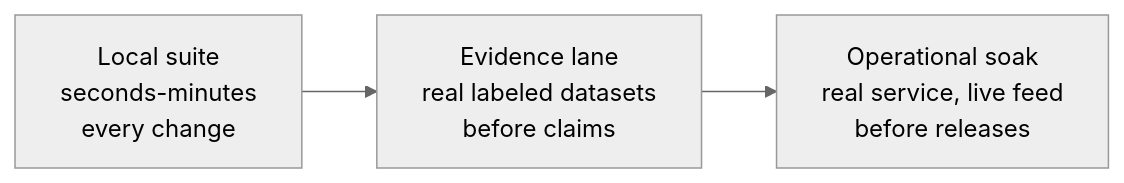
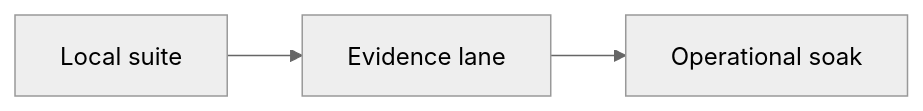
The diagram in docs/testing-and-datasets.md (bhadkamkar9snehil/ACM), drawn with Mermaid (neutral theme) before and after one commit. The commit also changed other lines of this file and 152 other files, not shown here.

````diff
--- a/docs/testing-and-datasets.md
+++ b/docs/testing-and-datasets.md
@@ -5,5 +5,5 @@
 ```mermaid
 flowchart LR
-    A[Local suite\nseconds-minutes\nevery change] --> B[Evidence lane\nreal labeled datasets\nbefore claims]
-    B --> C[Operational soak\nreal service, live feed\nbefore releases]
+    A[Local suite] --> B[Evidence lane]
+    B --> C[Operational soak]
 ```
````
